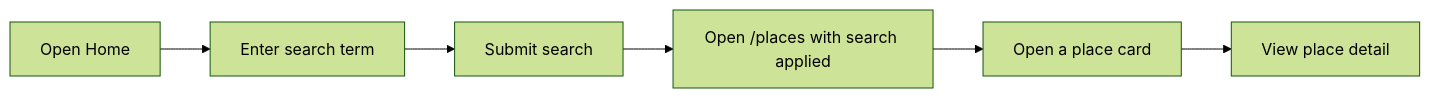
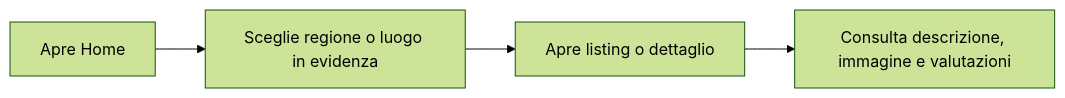
The third of 6 diagrams in docs/information-architecture.md (ricpastori/Progetto_Academy_MrDTwice), drawn with Mermaid (forest theme) before and after one commit. The commit also changed other lines of this file and 24 other files, not shown here.

````diff
--- a/docs/information-architecture.md
+++ b/docs/information-architecture.md
@@ -79,8 +83,6 @@
 ```mermaid
 flowchart LR
-  A["Open Home"] --> B["Enter search term"]
-  B --> C["Submit search"]
-  C --> D["Open /places with search applied"]
-  D --> E["Open a place card"]
-  E --> F["View place detail"]
+  A["Apre Home"] --> B["Sceglie regione o luogo in evidenza"]
+  B --> C["Apre listing o dettaglio"]
+  C --> D["Consulta descrizione, immagine e valutazioni"]
 ```
````
